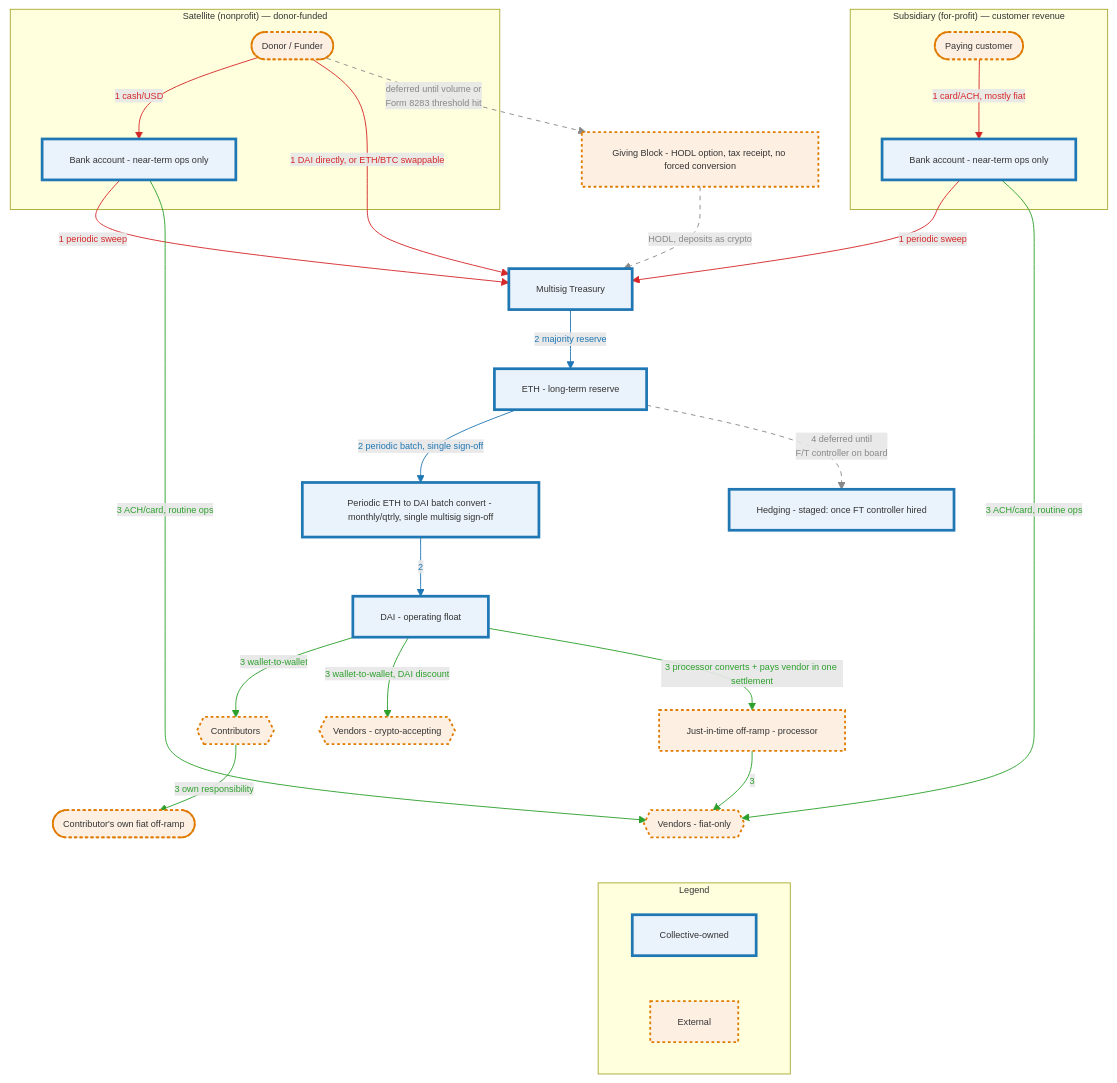
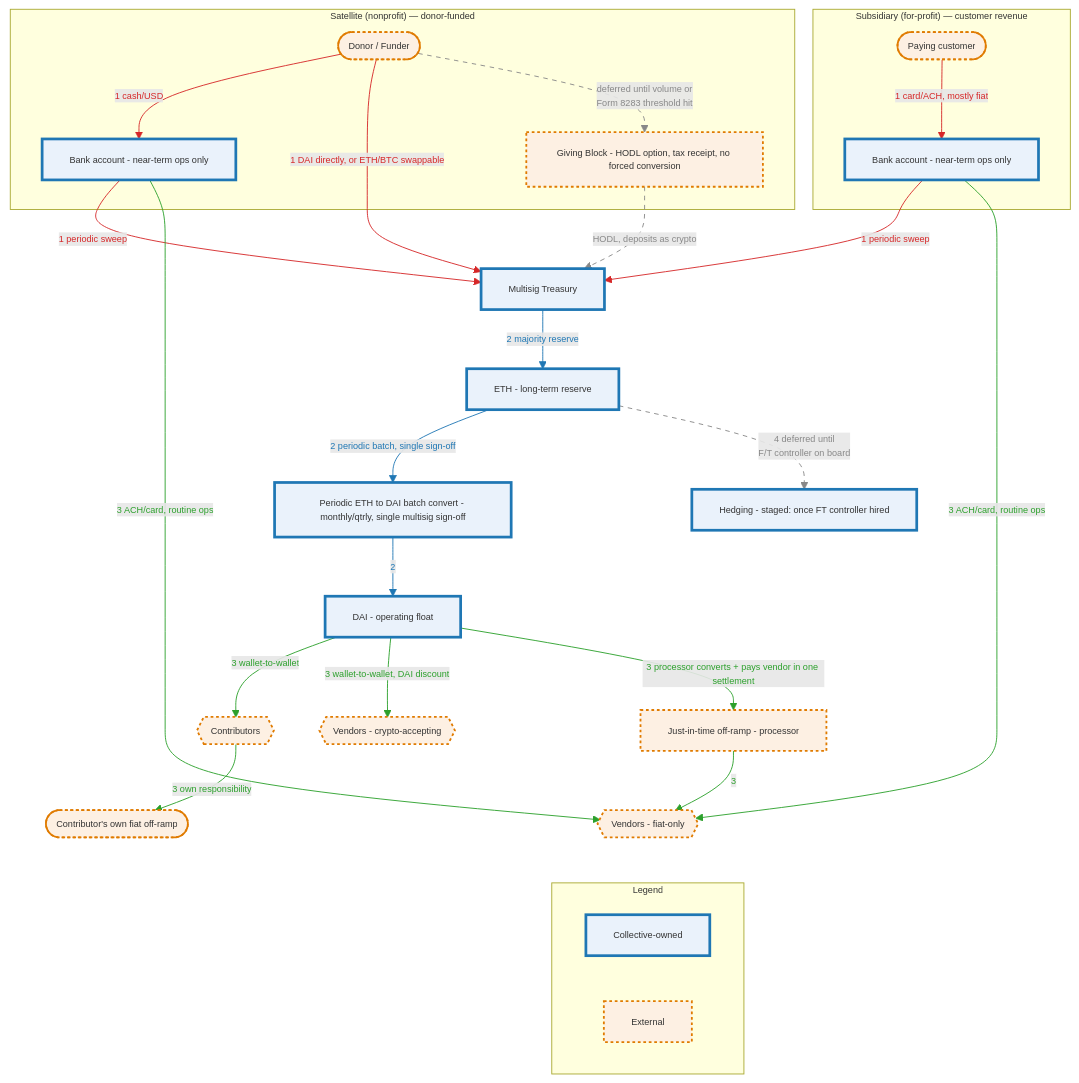
One commit to doikayt/admin changed the third of 4 diagrams in governance/commons-hub-pattern.md. Above: the diagram before and after it, drawn with Mermaid.

Commit message:
docs: move Giving Block into the Satellite subgraph
Groups it visually with Donor and SatBank instead of floating in
the main node area, which was pulling the diagram wide
horizontally. Declaration moved only - no edges changed, so
linkStyle indices are untouched.

````diff
--- a/governance/commons-hub-pattern.md
+++ b/governance/commons-hub-pattern.md
@@ -880,68 +880,68 @@
 ```mermaid
 %%{init: {"themeVariables": {"fontSize": "10px"}}}%%
 flowchart TD
     subgraph SAT["Satellite (nonprofit) — donor-funded"]
         Donor([Donor / Funder])
         SatBank[Bank account - near-term ops only]
+        DonationProcessor[Giving Block - HODL option, tax receipt, no forced conversion]
     end
 
     subgraph SUB["Subsidiary (for-profit) — customer revenue"]
         Customer([Paying customer])
         SubBank[Bank account - near-term ops only]
     end
 
     Treasury[Multisig Treasury]
-    DonationProcessor[Giving Block - HODL option, tax receipt, no forced conversion]
     BatchConvert[Periodic ETH to DAI batch convert - monthly/qtrly, single multisig sign-off]
     DAIFloat[DAI - operating float]
     ETHReserve[ETH - long-term reserve]
     Contributors{{Contributors}}
     ContribOfframp([Contributor's own fiat off-ramp])
     VendorsCrypto{{Vendors - crypto-accepting}}
     OffRampJIT[Just-in-time off-ramp - processor]
     VendorsFiat{{Vendors - fiat-only}}
     Hedge[Hedging - staged: once FT controller hired]
 
     subgraph LEGEND["Legend"]
         L1[Collective-owned]
         L2[External]
     end
 
     Donor -- "1 cash/USD" --> SatBank
     SatBank -- "1 periodic sweep" --> Treasury
     Donor -- "1 DAI directly, or ETH/BTC swappable" --> Treasury
     Customer -- "1 card/ACH, mostly fiat" --> SubBank
     SubBank -- "1 periodic sweep" --> Treasury
 
     Donor -.->|"deferred until volume or<br/>Form 8283 threshold hit"| DonationProcessor
     DonationProcessor -.->|"HODL, deposits as crypto"| Treasury
 
     Treasury -- "2 majority reserve" --> ETHReserve
     ETHReserve -- "2 periodic batch, single sign-off" --> BatchConvert
     BatchConvert -- "2" --> DAIFloat
 
     DAIFloat -- "3 wallet-to-wallet" --> Contributors
     Contributors -- "3 own responsibility" --> ContribOfframp
     DAIFloat -- "3 wallet-to-wallet, DAI discount" --> VendorsCrypto
     DAIFloat -- "3 processor converts + pays vendor in one settlement" --> OffRampJIT
     OffRampJIT -- "3" --> VendorsFiat
     SatBank -- "3 ACH/card, routine ops" --> VendorsFiat
     SubBank -- "3 ACH/card, routine ops" --> VendorsFiat
 
     ETHReserve -.->|"4 deferred until<br/>F/T controller on board"| Hedge
 
     VendorsFiat ~~~ LEGEND
 
     linkStyle 0,1,2,3,4 stroke:#d62728,color:#d62728
     linkStyle 7,8,9 stroke:#1f77b4,color:#1f77b4
     linkStyle 10,11,12,13,14,15,16 stroke:#2ca02c,color:#2ca02c
     linkStyle 5,6,17 stroke:#888888,color:#888888,stroke-dasharray: 5 5
 
     classDef owned fill:#eaf2fb,stroke:#1f77b4,stroke-width:3px
     classDef external fill:#fdf0e3,stroke:#e07b00,stroke-width:2px,stroke-dasharray:3 3
     class L1 owned
     class L2 external
     class Treasury,SatBank,SubBank,BatchConvert,DAIFloat,ETHReserve,Hedge owned
     class Donor,DonationProcessor,Customer,Contributors,ContribOfframp external
     class VendorsCrypto,OffRampJIT,VendorsFiat external
 ```
````
